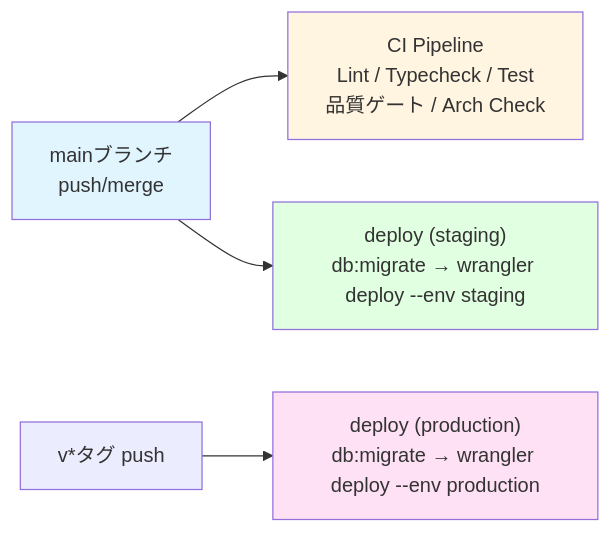
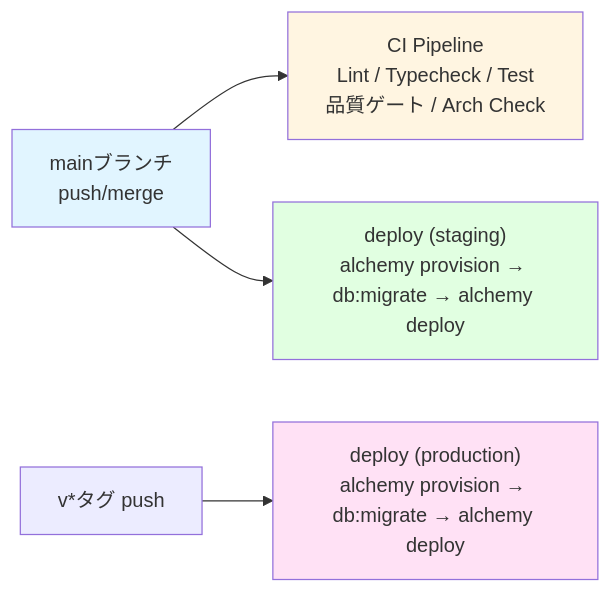
One commit to revedge-jp/fullstack-hono-tanstack-template changed the second of 3 diagrams in docs/architecture/architecture.md. Above: the diagram before and after it, drawn with Mermaid. The commit also changed other lines of this file and 12 other files, not shown here.

First line of the commit message:
feat: DB を Supabase から PlanetScale に移行し、deploy を Alchemy IaC に統合する

````diff
--- a/docs/architecture/architecture.md
+++ b/docs/architecture/architecture.md
@@ -66,17 +66,17 @@
 ```mermaid
 graph LR
     Main[mainブランチ<br/>push/merge]
     CI[CI Pipeline<br/>Lint / Typecheck / Test<br/>品質ゲート / Arch Check]
-    Stg["deploy (staging)<br/>db:migrate → wrangler deploy --env staging"]
+    Stg["deploy (staging)<br/>alchemy provision → db:migrate → alchemy deploy"]
     Tag[v*タグ push]
-    Prod["deploy (production)<br/>db:migrate → wrangler deploy --env production"]
+    Prod["deploy (production)<br/>alchemy provision → db:migrate → alchemy deploy"]
 
     Main --> CI
     Main --> Stg
     Tag --> Prod
 
     style Main fill:#e1f5ff
     style CI fill:#fff5e1
     style Stg fill:#e1ffe1
     style Prod fill:#ffe1f5
 ```
````
